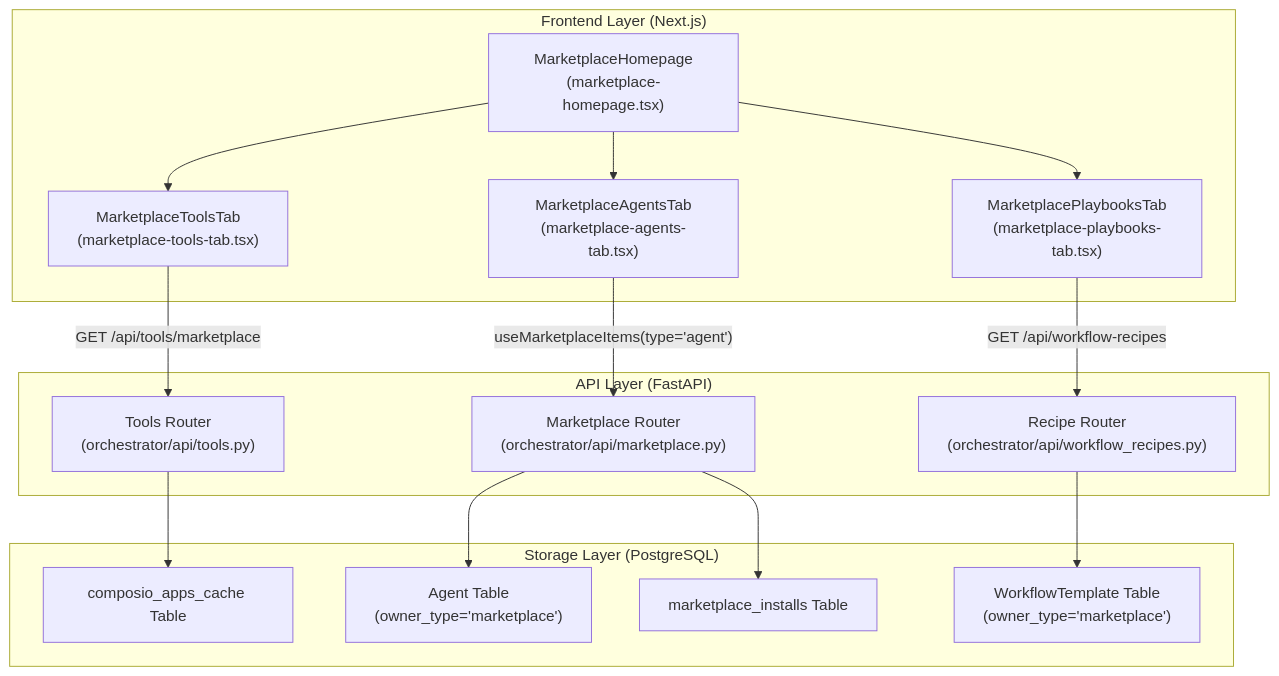
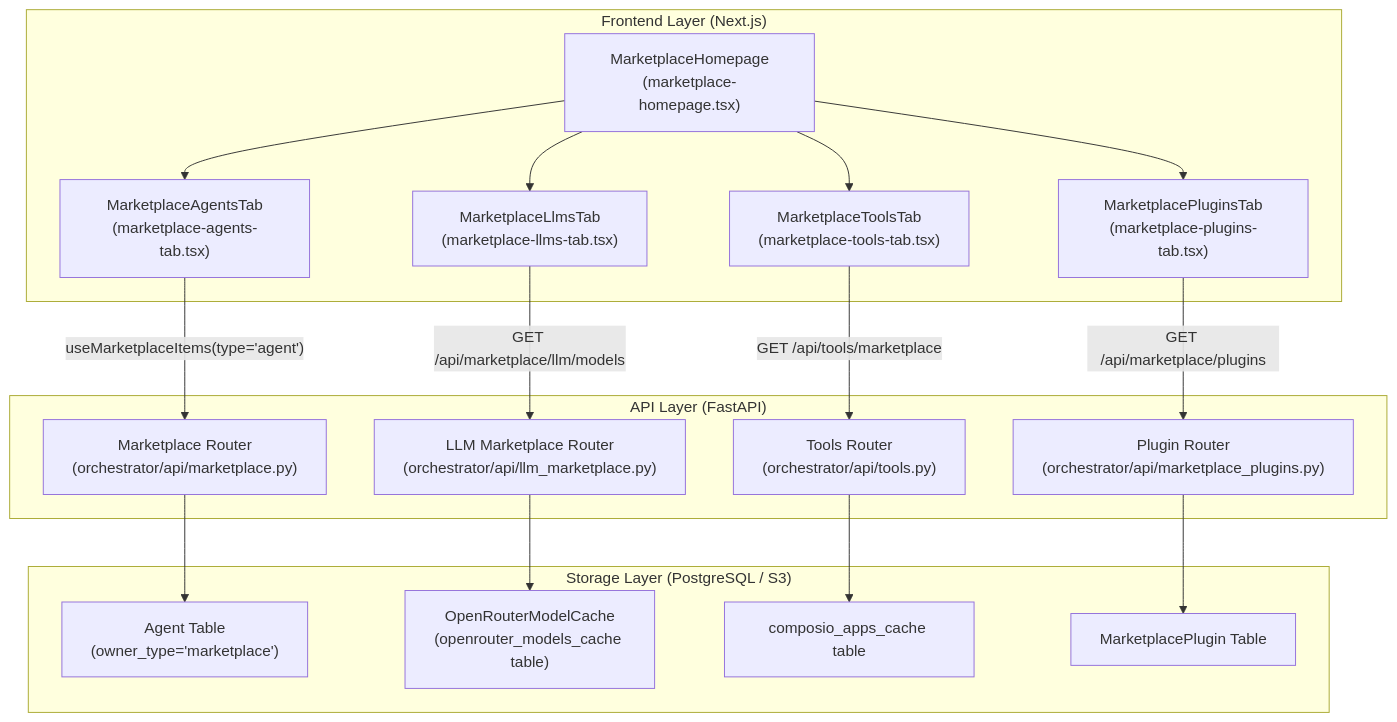
The first of 2 diagrams in docs/community-marketplace/marketplace-overview.md (AutomatosAI/automatos-ai), drawn with Mermaid before and after one commit. The commit also changed other lines of this file and 153 other files, not shown here.

````diff
--- a/docs/community-marketplace/marketplace-overview.md
+++ b/docs/community-marketplace/marketplace-overview.md
@@ -45,32 +42,36 @@
 ```mermaid
 graph TB
     subgraph "Frontend Layer (Next.js)"
         MP_Home["MarketplaceHomepage<br/>(marketplace-homepage.tsx)"]
         Tab_Tools["MarketplaceToolsTab<br/>(marketplace-tools-tab.tsx)"]
         Tab_Agents["MarketplaceAgentsTab<br/>(marketplace-agents-tab.tsx)"]
-        Tab_Recipes["MarketplacePlaybooksTab<br/>(marketplace-playbooks-tab.tsx)"]
+        Tab_LLM["MarketplaceLlmsTab<br/>(marketplace-llms-tab.tsx)"]
+        Tab_Plugins["MarketplacePluginsTab<br/>(marketplace-plugins-tab.tsx)"]
     end
     
     subgraph "API Layer (FastAPI)"
         Router_MP["Marketplace Router<br/>(orchestrator/api/marketplace.py)"]
         Router_Tools["Tools Router<br/>(orchestrator/api/tools.py)"]
-        Router_Recipe["Recipe Router<br/>(orchestrator/api/workflow_recipes.py)"]
+        Router_LLM["LLM Marketplace Router<br/>(orchestrator/api/llm_marketplace.py)"]
+        Router_Plugins["Plugin Router<br/>(orchestrator/api/marketplace_plugins.py)"]
     end
     
-    subgraph "Storage Layer (PostgreSQL)"
+    subgraph "Storage Layer (PostgreSQL / S3)"
         Table_Agents["Agent Table<br/>(owner_type='marketplace')"]
-        Table_Recipes["WorkflowTemplate Table<br/>(owner_type='marketplace')"]
-        Table_Tools_Cache["composio_apps_cache Table"]
-        Table_Installs["marketplace_installs Table"]
+        Table_OR_Cache["OpenRouterModelCache<br/>(openrouter_models_cache table)"]
+        Table_Tools_Cache["composio_apps_cache table"]
+        Table_Plugins["MarketplacePlugin Table"]
     end
 
-    MP_Home --> Tab_Tools & Tab_Agents & Tab_Recipes
+    MP_Home --> Tab_Tools & Tab_Agents & Tab_LLM & Tab_Plugins
     
     Tab_Agents -- "useMarketplaceItems(type='agent')" --> Router_MP
-    Tab_Recipes -- "GET /api/workflow-recipes" --> Router_Recipe
+    Tab_LLM -- "GET /api/marketplace/llm/models" --> Router_LLM
     Tab_Tools -- "GET /api/tools/marketplace" --> Router_Tools
+    Tab_Plugins -- "GET /api/marketplace/plugins" --> Router_Plugins
     
-    Router_MP --> Table_Agents & Table_Installs
-    Router_Recipe --> Table_Recipes
+    Router_MP --> Table_Agents
+    Router_LLM --> Table_OR_Cache
     Router_Tools --> Table_Tools_Cache
+    Router_Plugins --> Table_Plugins
 ```
````
